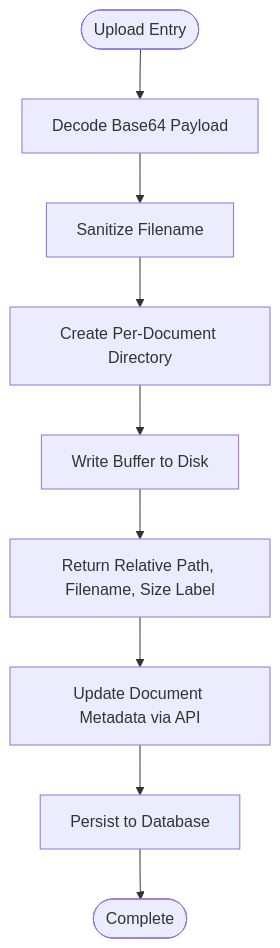
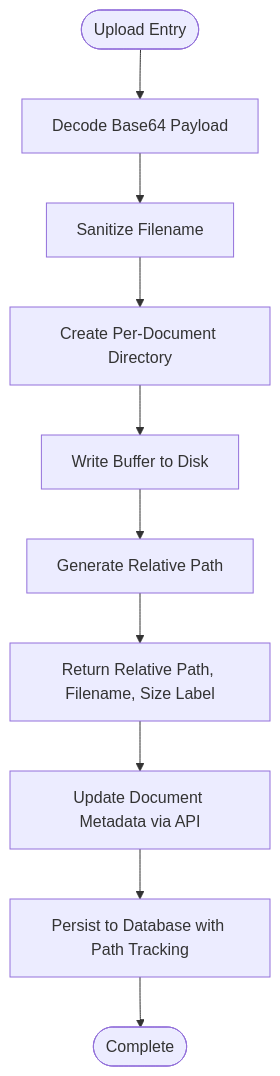
Before and after one commit to djahasiel101600/archivehub: the third of 4 diagrams in .qoder/repowiki/en/content/Core Features/Document Management/Digital Copy Management.md, drawn with Mermaid. The commit also changed other lines of this file and 12 other files, not shown here.

````diff
--- a/.qoder/repowiki/en/content/Core Features/Document Management/Digital Copy Management.md
+++ b/.qoder/repowiki/en/content/Core Features/Document Management/Digital Copy Management.md
@@ -209,11 +233,12 @@
 ```mermaid
 flowchart TD
 Start(["Upload Entry"]) --> Decode["Decode Base64 Payload"]
 Decode --> Sanitize["Sanitize Filename"]
 Sanitize --> CreateDir["Create Per-Document Directory"]
 CreateDir --> WriteFile["Write Buffer to Disk"]
-WriteFile --> ReturnMeta["Return Relative Path, Filename, Size Label"]
+WriteFile --> GeneratePath["Generate Relative Path"]
+GeneratePath --> ReturnMeta["Return Relative Path, Filename, Size Label"]
 ReturnMeta --> UpdateDoc["Update Document Metadata via API"]
-UpdateDoc --> Persist["Persist to Database"]
+UpdateDoc --> Persist["Persist to Database with Path Tracking"]
 Persist --> End(["Complete"])
 ```
````
